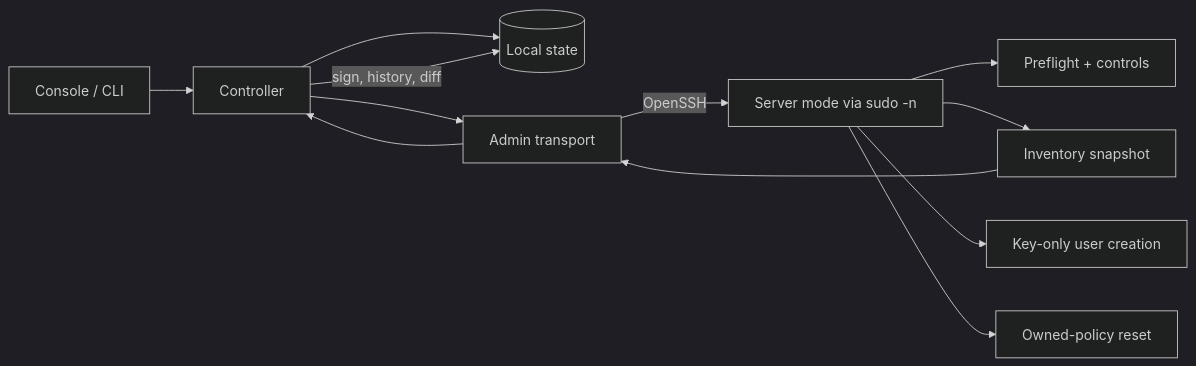
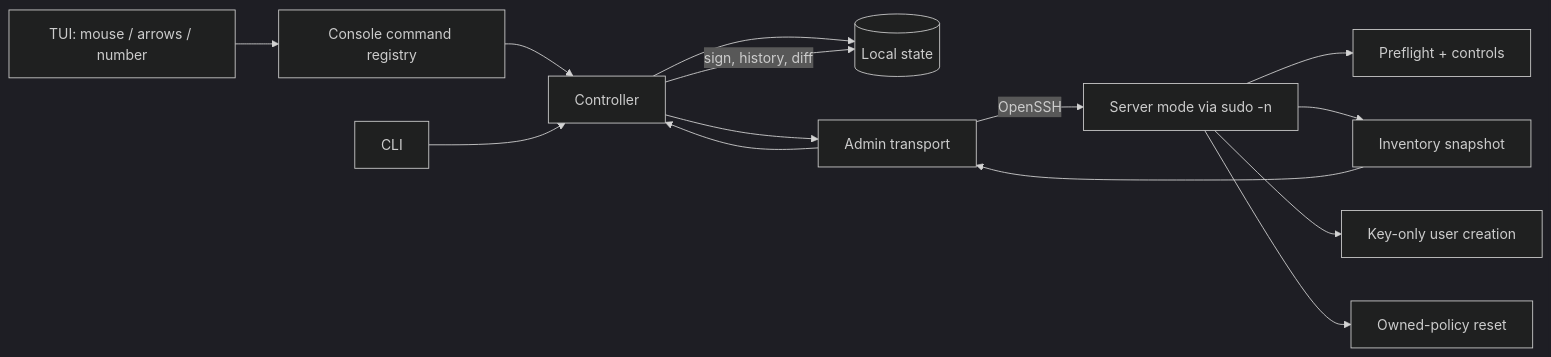
The first of 3 diagrams in docs/ARCHITECTURE.md (v1waa/bastionctl-vi), drawn with Mermaid (dark theme) before and after one commit. The commit also changed other lines of this file and 15 other files, not shown here.

Commit message:
Release bastionctl 1.3.0 with mouse-driven adaptive TUI

````diff
--- a/docs/ARCHITECTURE.md
+++ b/docs/ARCHITECTURE.md
@@ -37,14 +40,16 @@
 ```mermaid
 flowchart LR
-    UI[Console / CLI] --> C[Controller]
+    T[TUI: mouse / arrows / number] --> UI[Console command registry]
+    UI --> C[Controller]
+    CLI[CLI] --> C
     C --> S[(Local state)]
     C --> A[Admin transport]
     A -->|OpenSSH| R[Server mode via sudo -n]
     R --> P[Preflight + controls]
     R --> I[Inventory snapshot]
     R --> U[Key-only user creation]
     R --> X[Owned-policy reset]
     I --> A
     A --> C
     C -->|sign, history, diff| S
 ```
````
